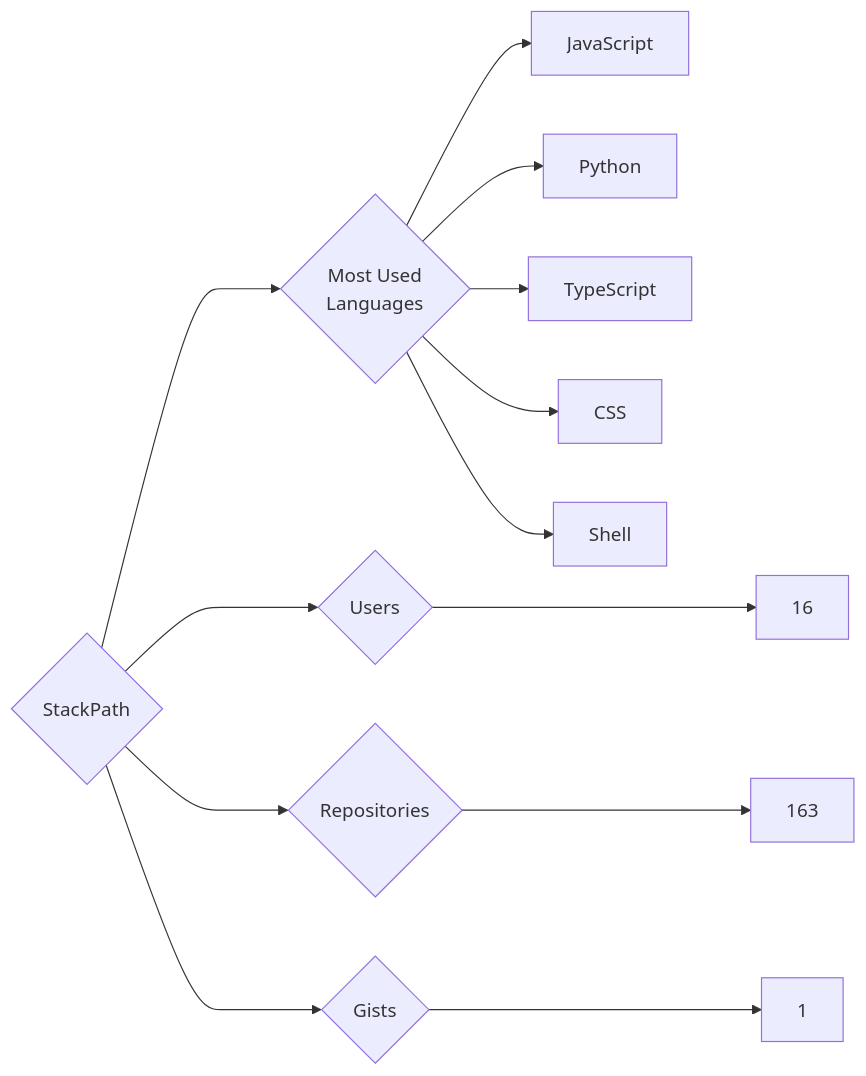
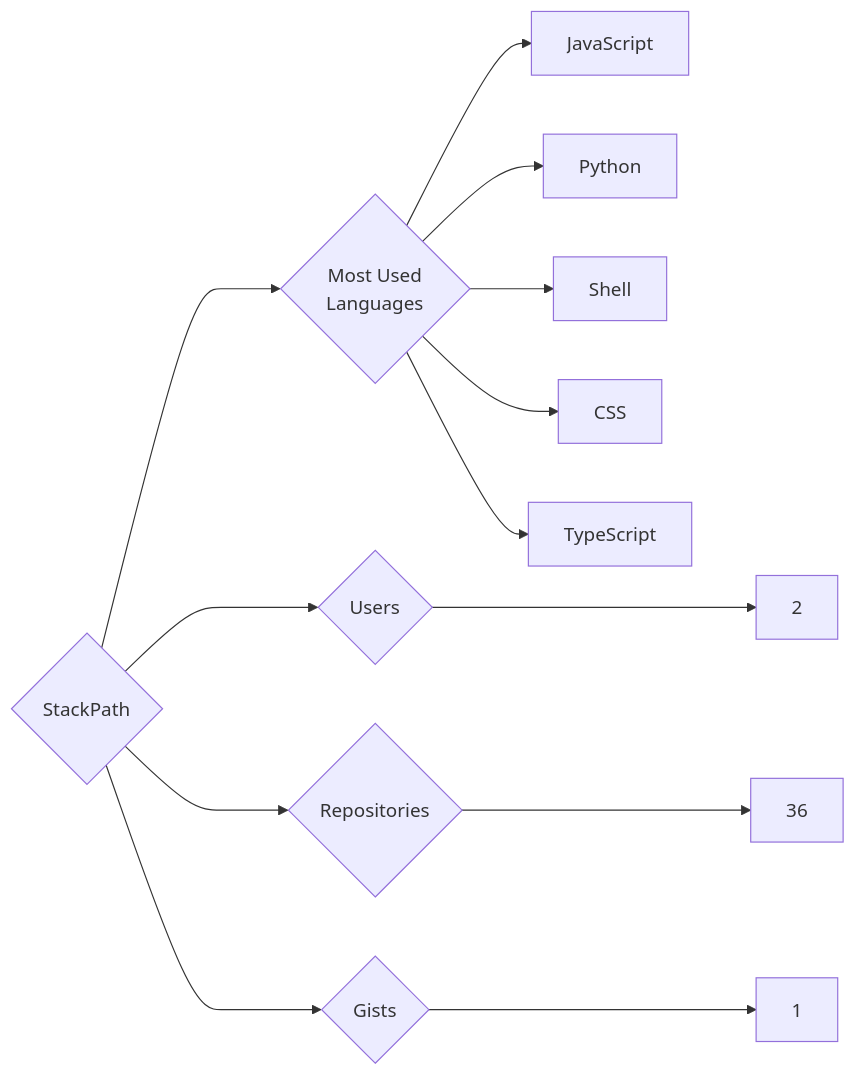
Before and after one commit to trickest/insiders: the diagram in targets/StackPath/README.md, drawn with Mermaid. The commit also changed 682 other files, not shown here.

````diff
--- a/targets/StackPath/README.md
+++ b/targets/StackPath/README.md
@@ -3,13 +3,13 @@
 ```mermaid
 graph LR
 COMPANY_NAME{StackPath}
-COMPANY_NAME ---> U{Users} ---> UN[16]
-COMPANY_NAME ---> R{Repositories} ---> RN[163]
+COMPANY_NAME ---> U{Users} ---> UN[2]
+COMPANY_NAME ---> R{Repositories} ---> RN[36]
 COMPANY_NAME ---> G{Gists} ---> GN[1]
 COMPANY_NAME ---> ML{Most Used<br>Languages}
 ML --> JavaScript[JavaScript]
 ML --> Python[Python]
+ML --> Shell[Shell]
+ML --> CSS[CSS]
 ML --> TypeScript[TypeScript]
-ML --> CSS[CSS]
-ML --> Shell[Shell]
 ```
````
